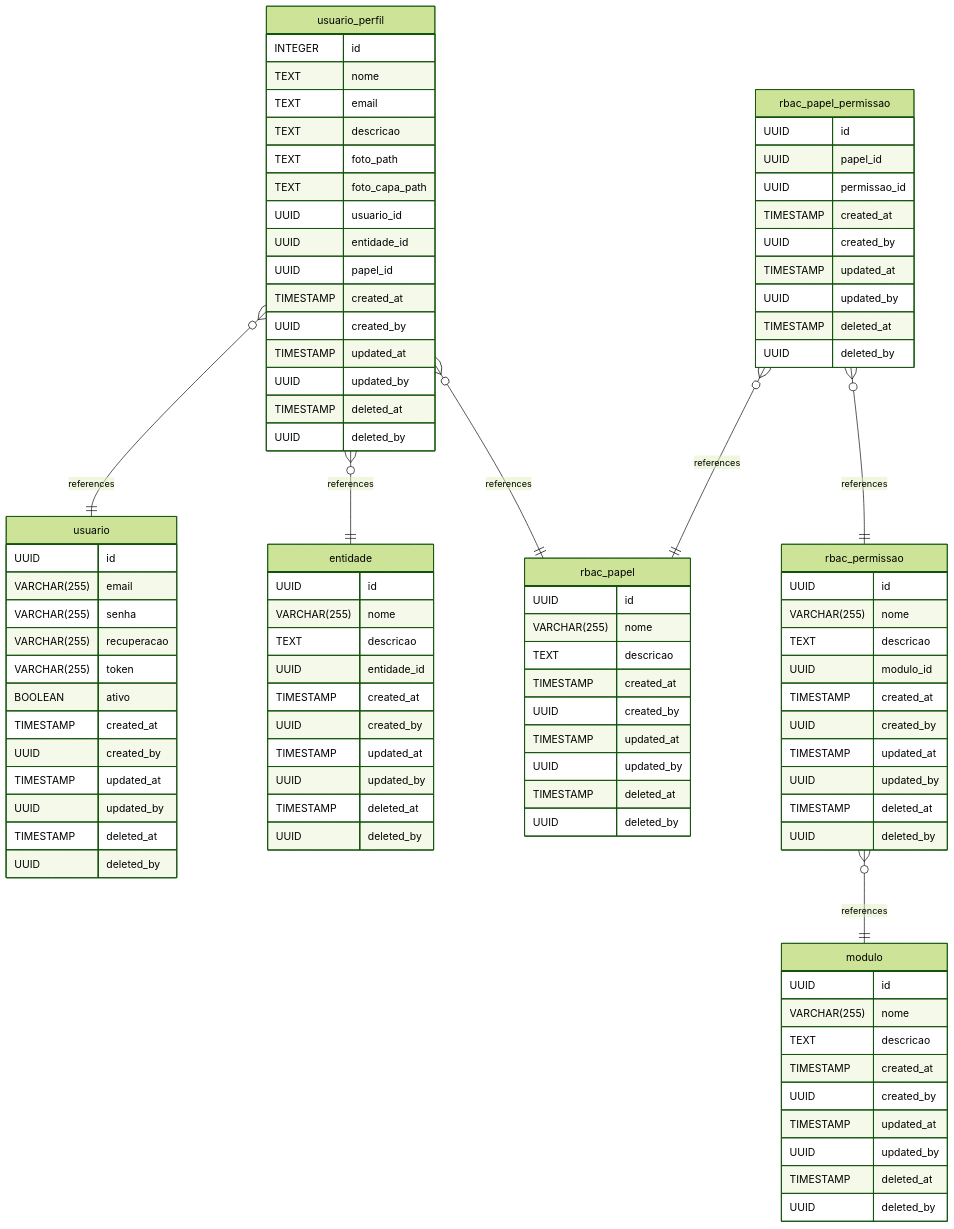
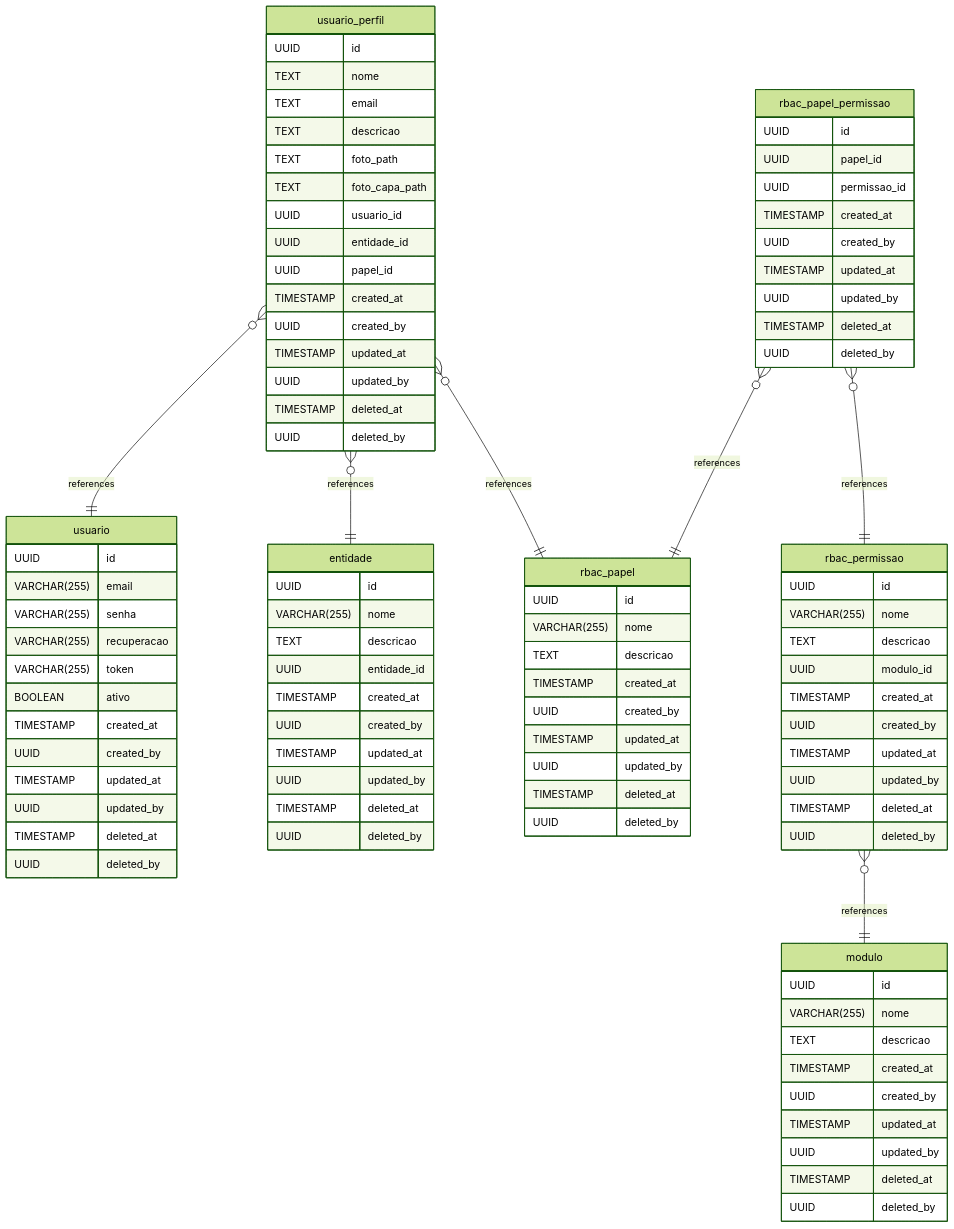
The diagram in README.md (kayquemelo/mt-reint), drawn with Mermaid (forest theme) before and after one commit. The commit also changed other lines of this file, not shown here.

```diff
--- a/README.md
+++ b/README.md
@@ -188,7 +188,7 @@
 	}
 
 	usuario_perfil {
-		INTEGER id
+		UUID id
 		TEXT nome
 		TEXT email
 		TEXT descricao
```
